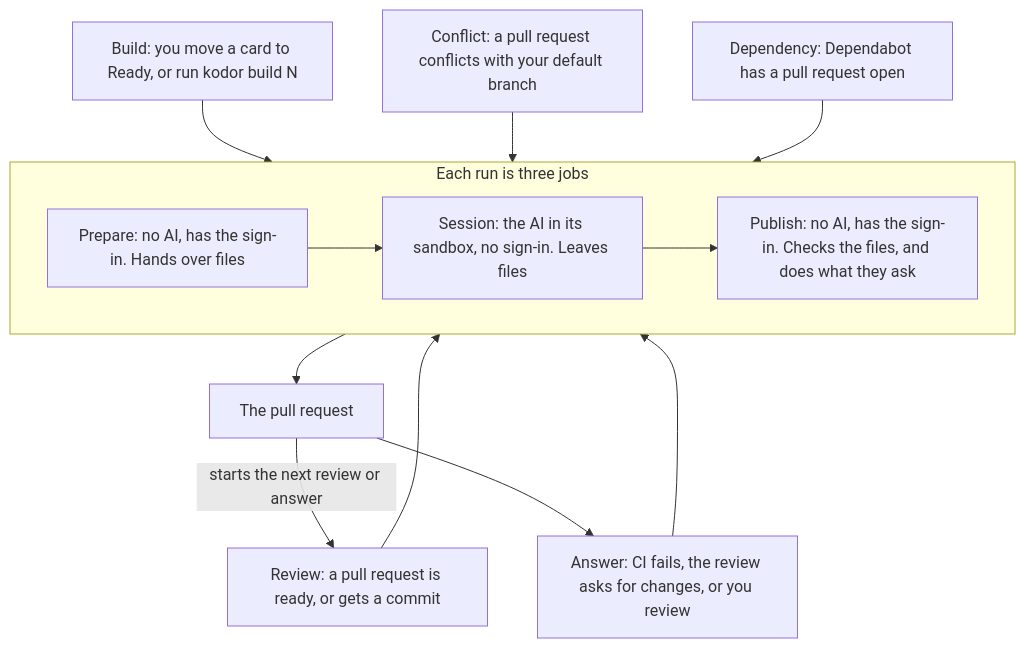
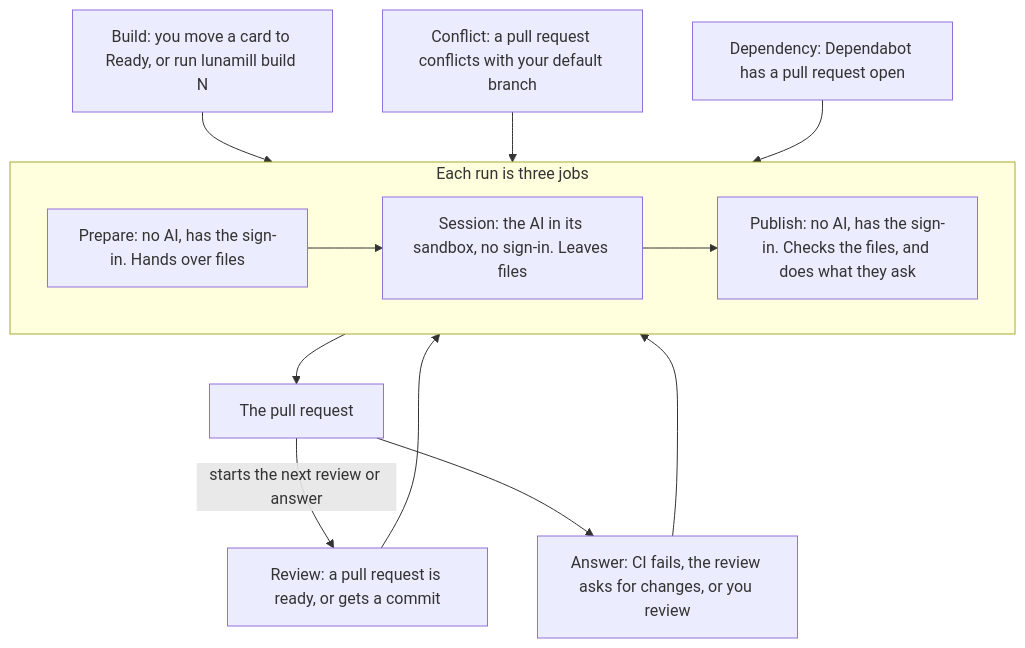
The diagram in docs/security/cloud-runs.md (davidbyoung/software-factory), drawn with Mermaid before and after one commit. The commit also changed other lines of this file and 450 other files, not shown here.

First line of the commit message:
Rename the product from kodor to lunamill

````diff
--- a/docs/security/cloud-runs.md
+++ b/docs/security/cloud-runs.md
@@ -13,23 +13,23 @@
 ```mermaid
 flowchart TB
-    build["Build: you move a card to Ready, or run kodor build N"]
+    build["Build: you move a card to Ready, or run lunamill build N"]
     review["Review: a pull request is ready, or gets a commit"]
     answer["Answer: CI fails, the review asks for changes, or you review"]
     conflict["Conflict: a pull request conflicts with your default branch"]
     dependency["Dependency: Dependabot has a pull request open"]
     subgraph run["Each run is three jobs"]
         direction LR
         prepare["Prepare: no AI, has the sign-in. Hands over files"]
         session["Session: the AI in its sandbox, no sign-in. Leaves files"]
         publish["Publish: no AI, has the sign-in. Checks the files, and does what they ask"]
         prepare --> session --> publish
     end
     build --> prepare
     review --> prepare
     answer --> prepare
     conflict --> prepare
     dependency --> prepare
     publish --> pull["The pull request"]
     pull -->|"starts the next review or answer"| review
     pull --> answer
 ```
````
